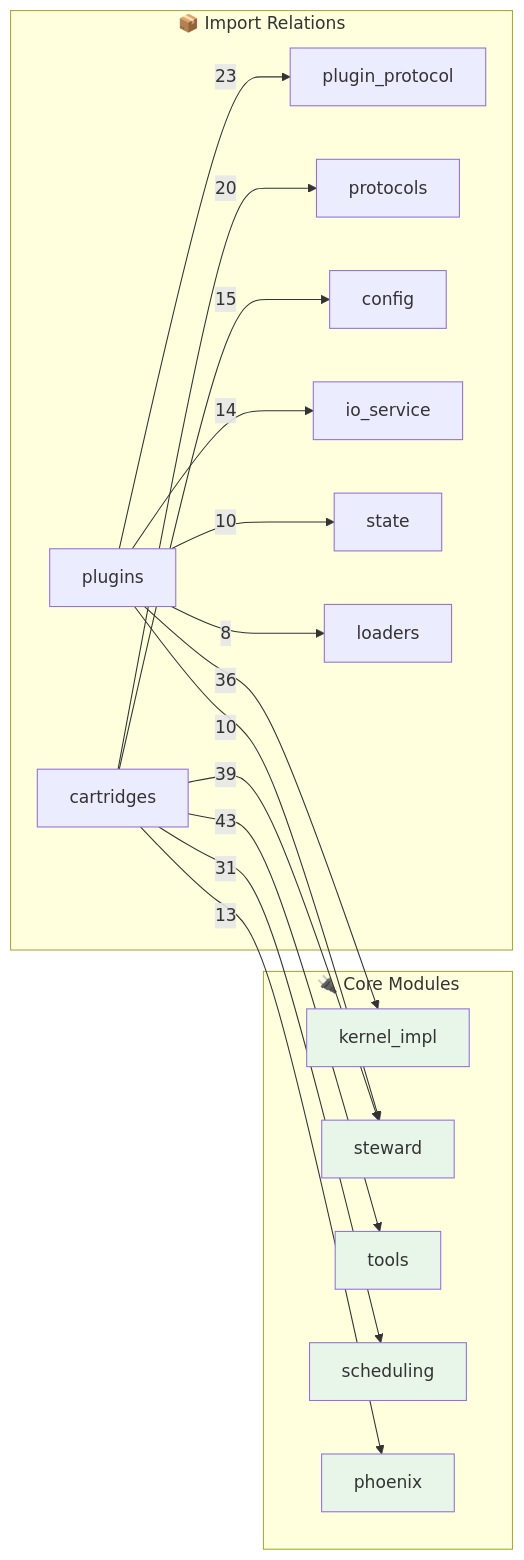
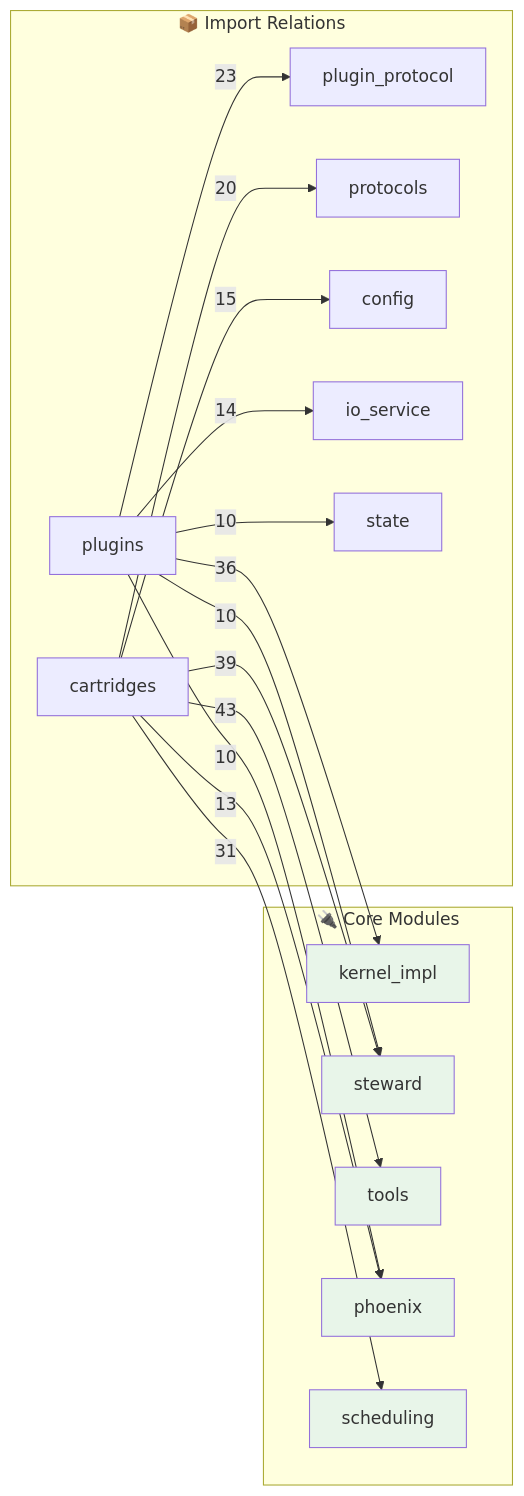
The second of 2 diagrams in OPUS.md (kimeisele/steward-protocol), drawn with Mermaid before and after one commit. The commit also changed other lines of this file and 24 other files, not shown here.

First line of the commit message:
feat: holy trinity complete - prana/manas/vajra unified enforcement architecture

````diff
--- a/OPUS.md
+++ b/OPUS.md
@@ -504,31 +504,31 @@
 ```mermaid
 flowchart LR
     subgraph Core["🔌 Core Modules"]
         kernel_impl[kernel_impl]
         steward[steward]
         tools[tools]
+        phoenix[phoenix]
         scheduling[scheduling]
-        phoenix[phoenix]
     end
 
     subgraph Edges["📦 Import Relations"]
         cartridges -->|43| tools
         cartridges -->|39| steward
         plugins -->|36| kernel_impl
         cartridges -->|31| scheduling
         plugins -->|23| plugin_protocol
         cartridges -->|20| protocols
         cartridges -->|15| config
         plugins -->|14| io_service
         cartridges -->|13| phoenix
+        plugins -->|10| phoenix
         plugins -->|10| state
         plugins -->|10| steward
-        plugins -->|8| loaders
     end
 
     style kernel_impl fill:#e8f5e9
     style steward fill:#e8f5e9
     style tools fill:#e8f5e9
+    style phoenix fill:#e8f5e9
     style scheduling fill:#e8f5e9
-    style phoenix fill:#e8f5e9
 ```
````
